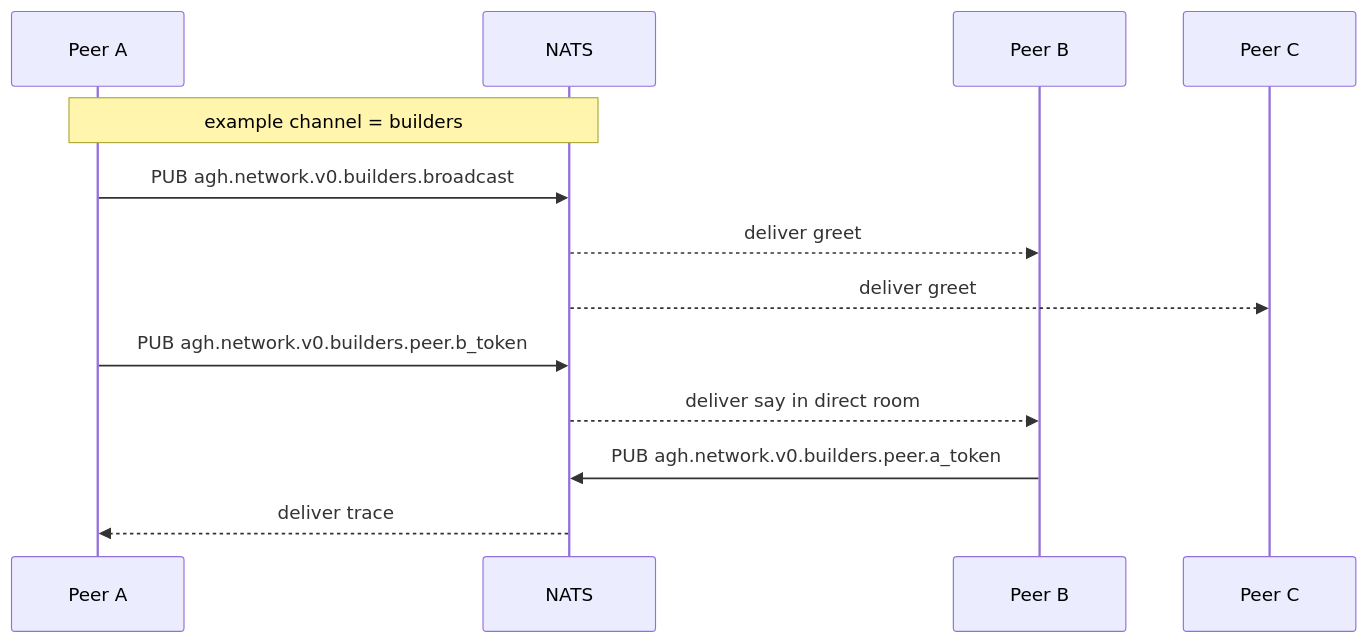
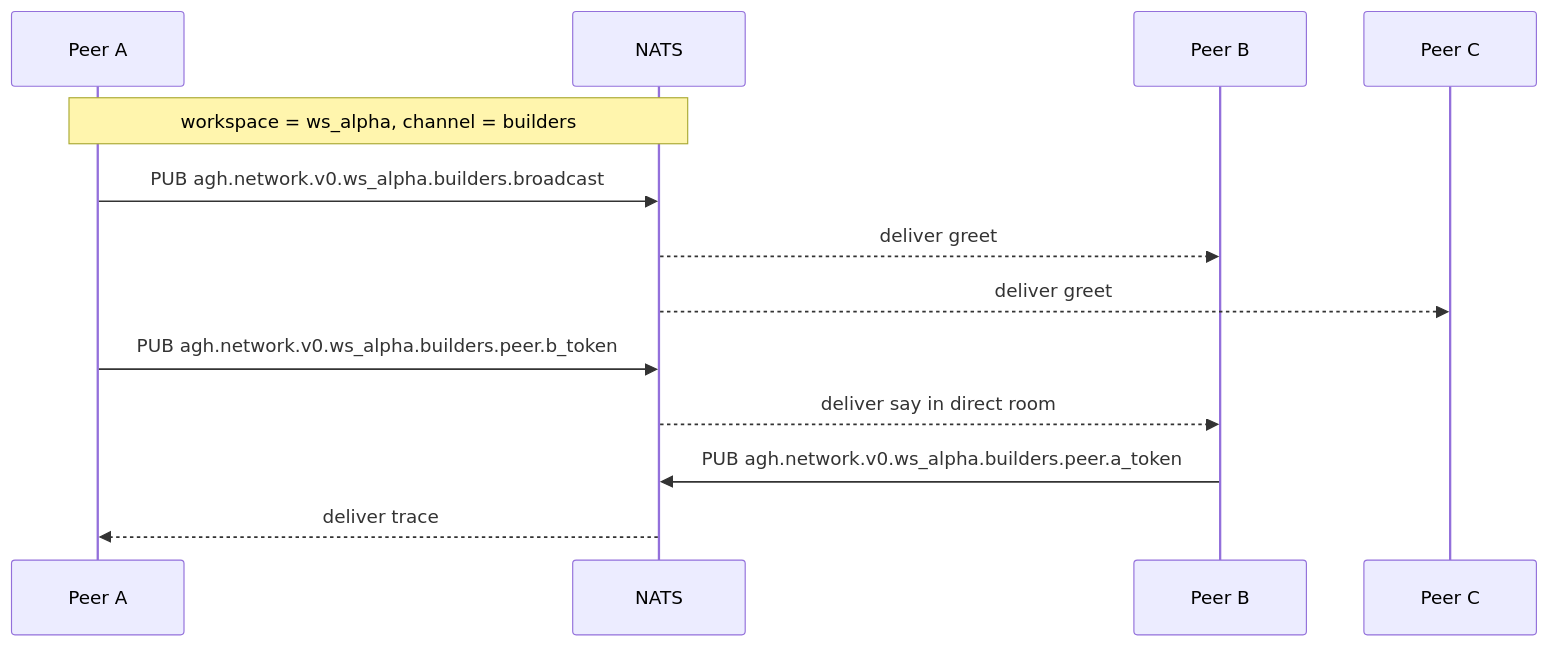
One commit to compozy/agh changed the fifth of 7 diagrams in docs/rfcs/003_agh-network-v0.md. Above: the diagram before and after it, drawn with Mermaid. The commit also changed other lines of this file and 483 other files, not shown here.

````diff
--- a/docs/rfcs/003_agh-network-v0.md
+++ b/docs/rfcs/003_agh-network-v0.md
@@ -882,18 +901,18 @@
 ```mermaid
 sequenceDiagram
     participant A as Peer A
     participant NATS as NATS
     participant B as Peer B
     participant C as Peer C
 
-    Note over A,NATS: example channel = builders
-    A->>NATS: PUB agh.network.v0.builders.broadcast
+    Note over A,NATS: workspace = ws_alpha, channel = builders
+    A->>NATS: PUB agh.network.v0.ws_alpha.builders.broadcast
     NATS-->>B: deliver greet
     NATS-->>C: deliver greet
 
-    A->>NATS: PUB agh.network.v0.builders.peer.b_token
+    A->>NATS: PUB agh.network.v0.ws_alpha.builders.peer.b_token
     NATS-->>B: deliver say in direct room
 
-    B->>NATS: PUB agh.network.v0.builders.peer.a_token
+    B->>NATS: PUB agh.network.v0.ws_alpha.builders.peer.a_token
     NATS-->>A: deliver trace
 ```
````
